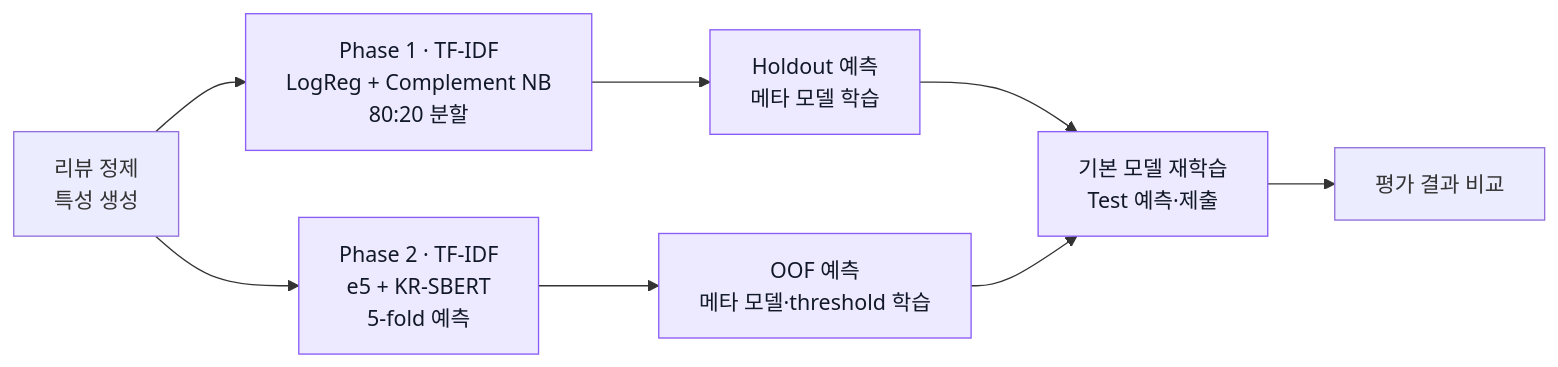
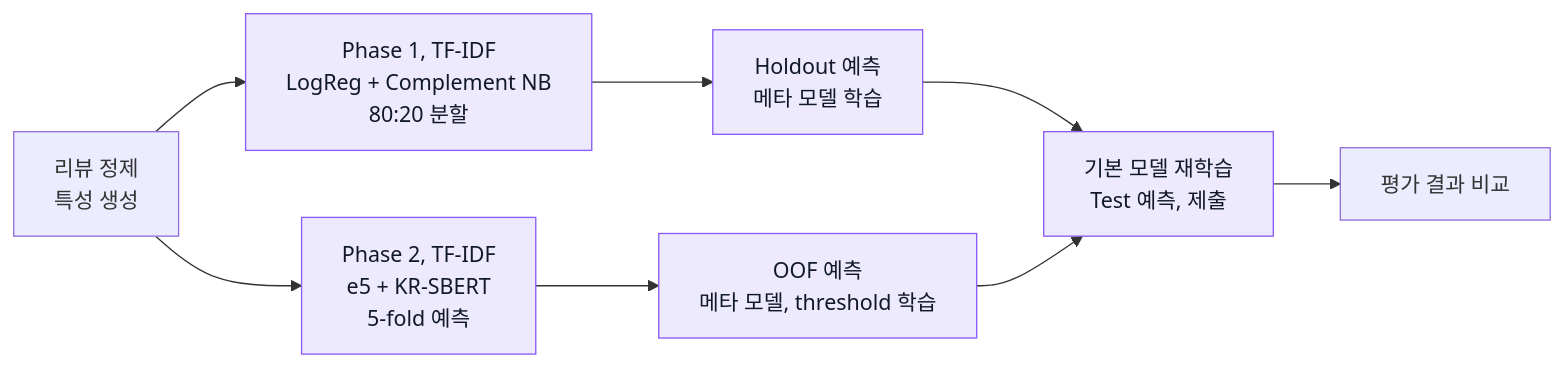
The diagram in README.md (lcsvvo/Korean-Sentiment-Generalization), drawn with Mermaid before and after one commit. The commit also changed other lines of this file and 4 other files, not shown here.

````diff
--- a/README.md
+++ b/README.md
@@ -34,13 +34,13 @@
 ```mermaid
 flowchart LR
     A["리뷰 정제<br/>특성 생성"]
-    A --> B["Phase 1 · TF-IDF<br/>LogReg + Complement NB<br/>80:20 분할"]
-    A --> C["Phase 2 · TF-IDF<br/>e5 + KR-SBERT<br/>5-fold 예측"]
+    A --> B["Phase 1, TF-IDF<br/>LogReg + Complement NB<br/>80:20 분할"]
+    A --> C["Phase 2, TF-IDF<br/>e5 + KR-SBERT<br/>5-fold 예측"]
     B --> D["Holdout 예측<br/>메타 모델 학습"]
-    C --> E["OOF 예측<br/>메타 모델·threshold 학습"]
-    D --> F["기본 모델 재학습<br/>Test 예측·제출"]
+    C --> E["OOF 예측<br/>메타 모델, threshold 학습"]
+    D --> F["기본 모델 재학습<br/>Test 예측, 제출"]
     E --> F
     F --> G["평가 결과 비교"]
     classDef step fill:#ede9fe,stroke:#8b5cf6,color:#111827;
     class B,C,D,E,F step;
 ```
````
